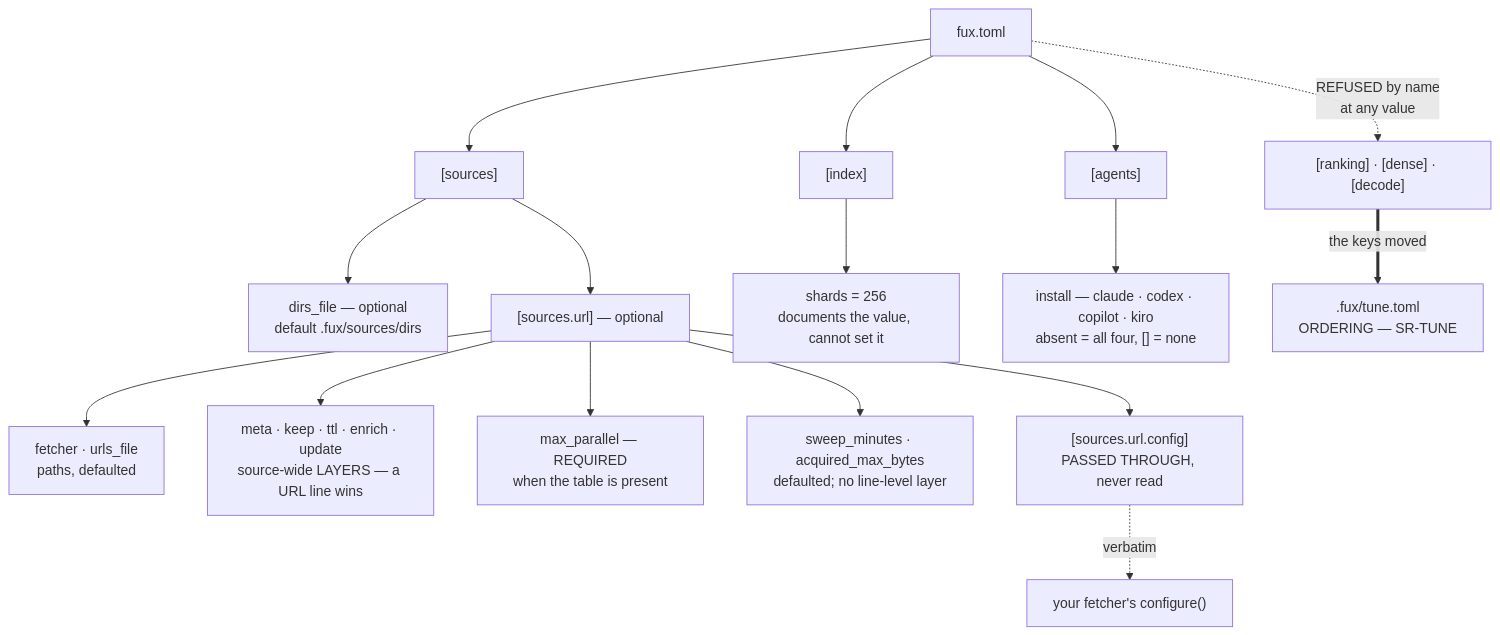
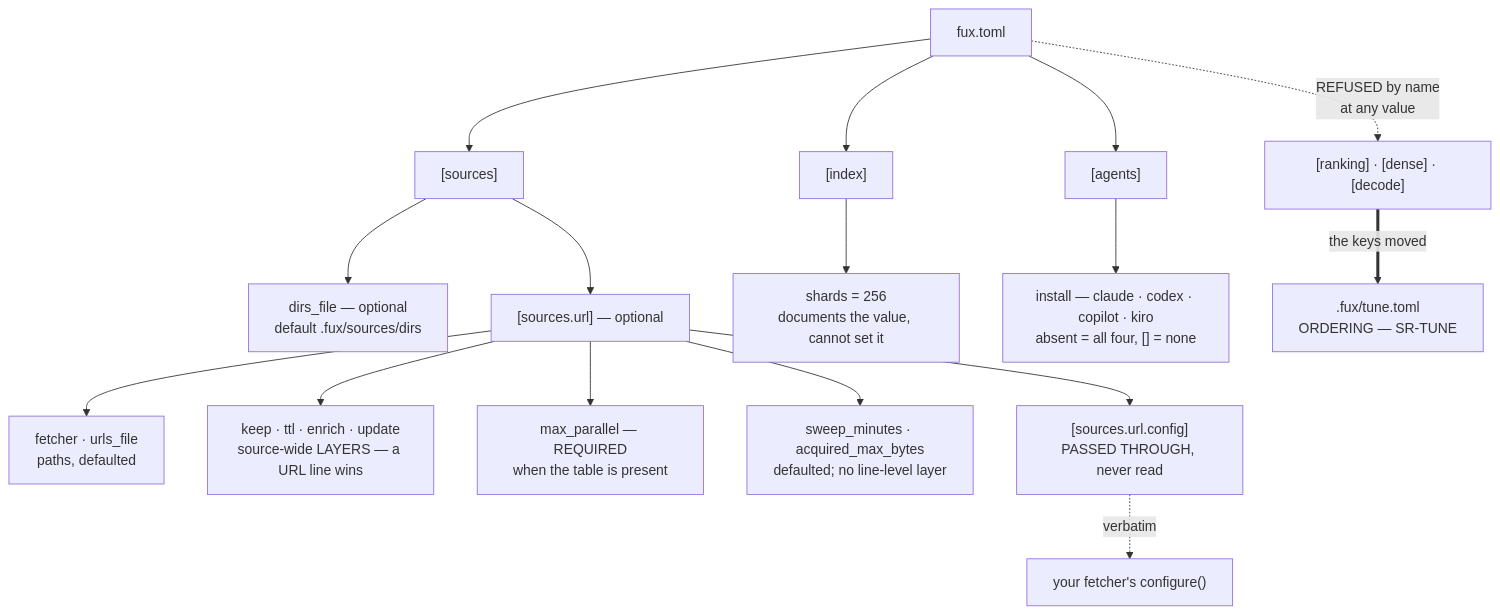
Before and after one commit to arpitarya/fux: the diagram in records/0113_config.md, drawn with Mermaid. The commit also changed other lines of this file and 127 other files, not shown here.

````diff
--- a/records/0113_config.md
+++ b/records/0113_config.md
@@ -46,18 +46,18 @@
 ```mermaid
 flowchart TD
     F["fux.toml"] --> S["[sources]"]
     S --> D["dirs_file — optional<br/>default .fux/sources/dirs"]
     S --> U["[sources.url] — optional"]
     U --> M["fetcher · urls_file<br/>paths, defaulted"]
-    U --> ME["meta · keep · ttl · enrich · update<br/>source-wide LAYERS — a URL line wins"]
+    U --> ME["keep · ttl · enrich · update<br/>source-wide LAYERS — a URL line wins"]
     U --> MP["max_parallel — REQUIRED<br/>when the table is present"]
     U --> SW["sweep_minutes · acquired_max_bytes<br/>defaulted; no line-level layer"]
     U --> CF["[sources.url.config]<br/>PASSED THROUGH, never read"]
     F --> I["[index]"]
     I --> SH["shards = 256<br/>documents the value, cannot set it"]
     F --> AG["[agents]"]
     AG --> AI["install — claude · codex · copilot · kiro<br/>absent = all four, [] = none"]
     F -.->|"REFUSED by name<br/>at any value"| RT["[ranking] · [dense] · [decode]"]
     RT ==>|"the keys moved"| TU[".fux/tune.toml<br/>ORDERING — SR-TUNE"]
     CF -.->|"verbatim"| MW["your fetcher's configure()"]
 ```
````
